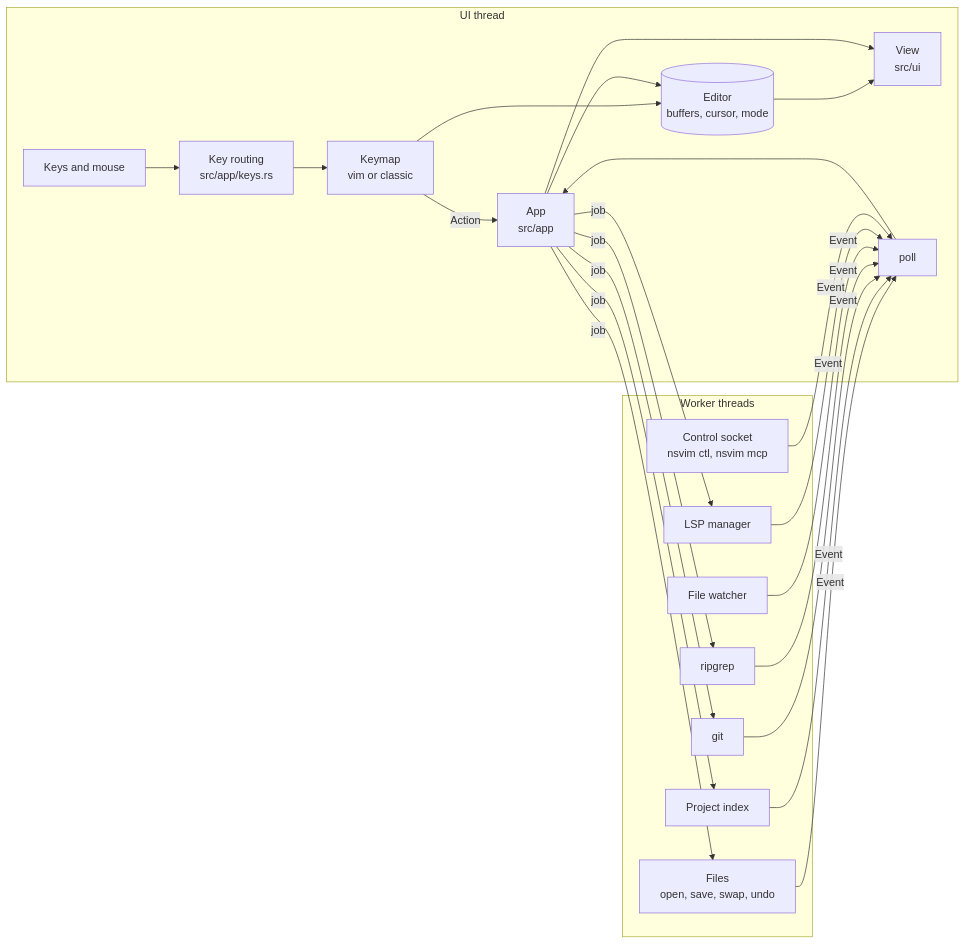
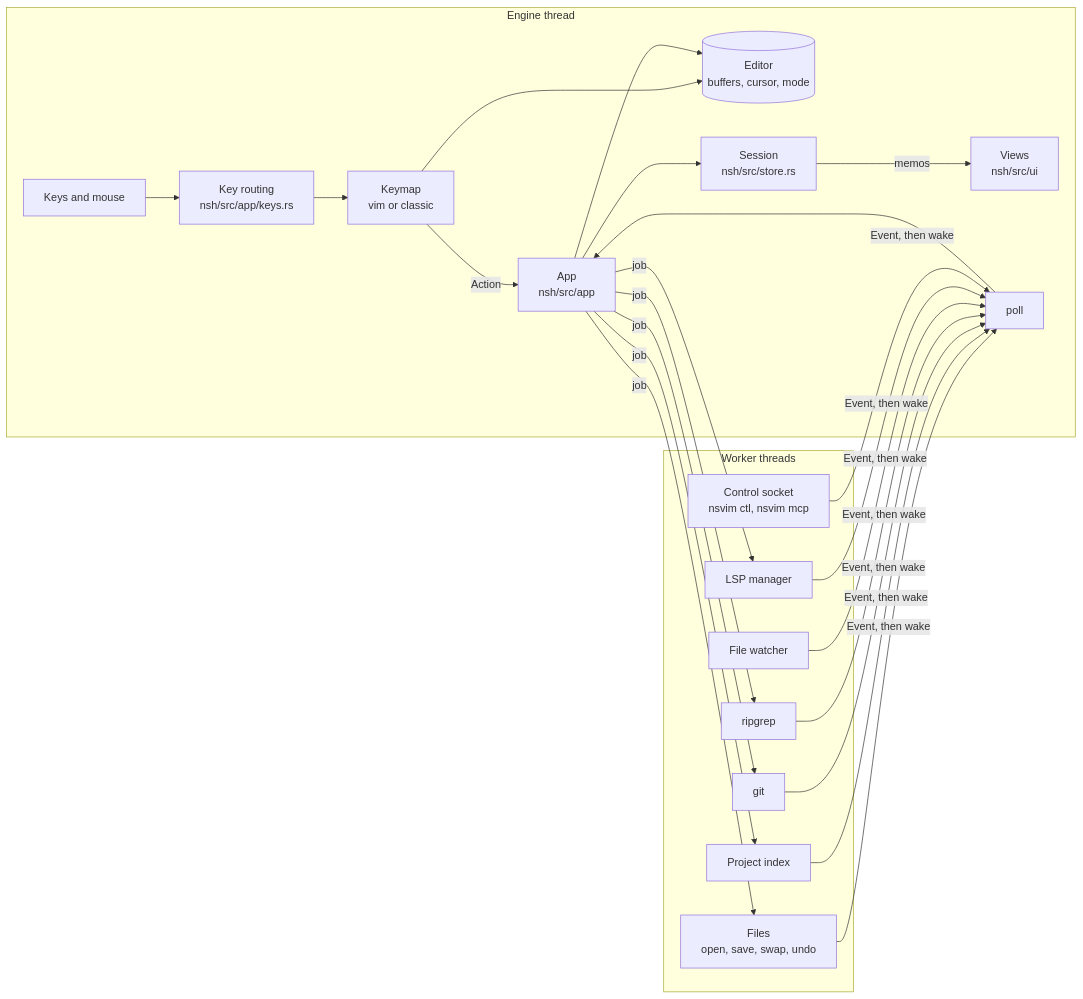
The diagram in docs/architecture.md (huacnlee/nsvim), drawn with Mermaid before and after one commit. The commit also changed other lines of this file and 8 other files, not shown here.

Commit message:
Describe nsvim on NSH in the docs, and build it on every desktop in CI

````diff
--- a/docs/architecture.md
+++ b/docs/architecture.md
@@ -7,24 +9,24 @@
 ```mermaid
 flowchart LR
-    subgraph UI["UI thread"]
-        K[Keys and mouse] --> R[Key routing<br/>src/app/keys.rs]
+    subgraph UI["Engine thread"]
+        K[Keys and mouse] --> R[Key routing<br/>nsh/src/app/keys.rs]
         R --> KM[Keymap<br/>vim or classic]
         KM --> E[(Editor<br/>buffers, cursor, mode)]
-        KM -->|Action| A[App<br/>src/app]
+        KM -->|Action| A[App<br/>nsh/src/app]
         A --> E
-        E --> V[View<br/>src/ui]
-        A --> V
+        A --> S[Session<br/>nsh/src/store.rs]
+        S -->|memos| V[Views<br/>nsh/src/ui]
         P[poll] --> A
     end
     subgraph W["Worker threads"]
         IO[Files<br/>open, save, swap, undo]
         IX[Project index]
         G[git]
         RG[ripgrep]
         FW[File watcher]
         L[LSP manager]
-        S[Control socket<br/>nsvim ctl, nsvim mcp]
+        C[Control socket<br/>nsvim ctl, nsvim mcp]
     end
     A -->|job| IO & IX & G & RG & L
-    IO & IX & G & RG & FW & L & S -->|Event| P
+    IO & IX & G & RG & FW & L & C -->|Event, then wake| P
 ```
````
